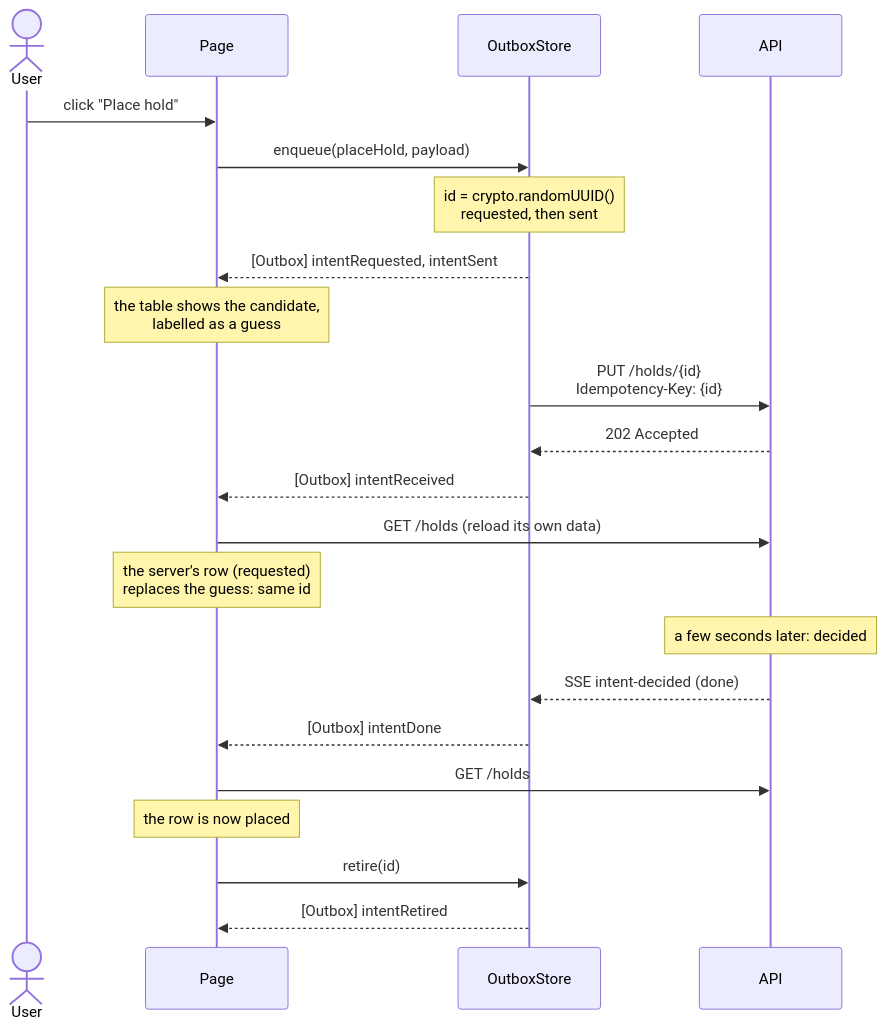
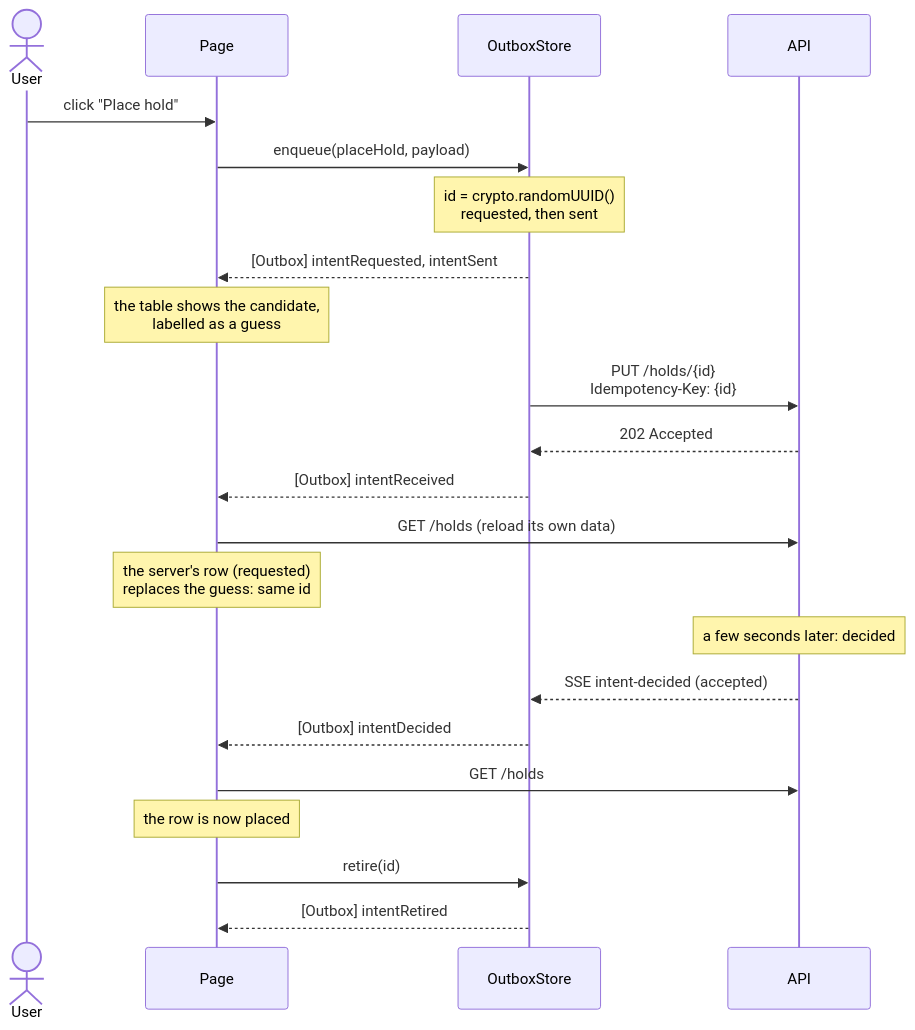
Before and after one commit to hypertheory-labs/stellar-intents: the second of 2 diagrams in client/angular/projects/outbox/README.md, drawn with Mermaid. The commit also changed other lines of this file and 2 other files, not shown here.

````diff
--- a/client/angular/projects/outbox/README.md
+++ b/client/angular/projects/outbox/README.md
@@ -69,25 +68,25 @@
 ```mermaid
 sequenceDiagram
     actor U as User
     participant P as Page
     participant O as OutboxStore
     participant A as API
 
     U->>P: click "Place hold"
     P->>O: enqueue(placeHold, payload)
     Note over O: id = crypto.randomUUID()<br/>requested, then sent
     O-->>P: [Outbox] intentRequested, intentSent
     Note over P: the table shows the candidate,<br/>labelled as a guess
     O->>A: PUT /holds/{id}<br/>Idempotency-Key: {id}
     A-->>O: 202 Accepted
     O-->>P: [Outbox] intentReceived
     P->>A: GET /holds (reload its own data)
     Note over P: the server's row (requested)<br/>replaces the guess: same id
     Note over A: a few seconds later: decided
-    A-->>O: SSE intent-decided (done)
-    O-->>P: [Outbox] intentDone
+    A-->>O: SSE intent-decided (accepted)
+    O-->>P: [Outbox] intentDecided
     P->>A: GET /holds
     Note over P: the row is now placed
     P->>O: retire(id)
     O-->>P: [Outbox] intentRetired
 ```
````
